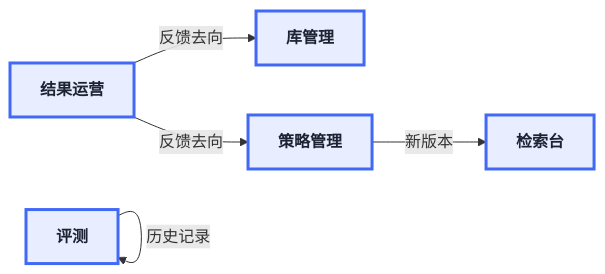
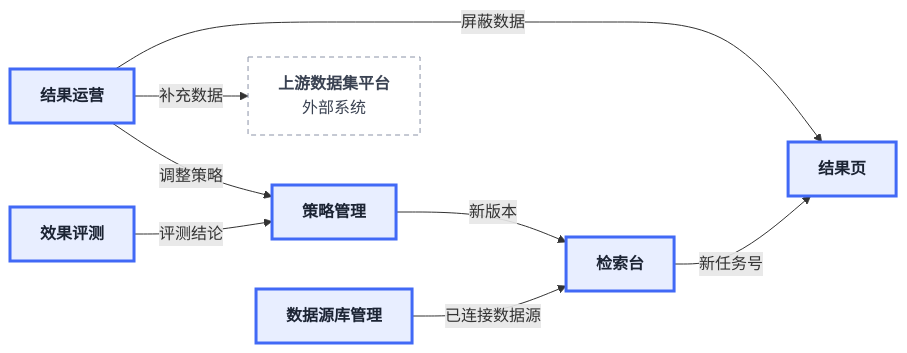
Diagram 11 of 12 in docs/【数据流图】跨模态检索中心 · 系统数据流.md (helichiyu/hyqx-cross-modal-retrieval), drawn with Mermaid before and after one commit. The commit also changed other lines of this file and 10 other files, not shown here.

````diff
--- a/docs/【数据流图】跨模态检索中心 · 系统数据流.md
+++ b/docs/【数据流图】跨模态检索中心 · 系统数据流.md
@@ -403,10 +485,15 @@
 ```mermaid
 flowchart LR
-  OP["<b>结果运营</b>"] -->|反馈去向| KM2["<b>库管理</b>"]
-  OP -->|反馈去向| SM2["<b>策略管理</b>"]
-  SM2 -->|新版本| ST2["<b>检索台</b>"]
-  EV2["<b>评测</b>"] -->|历史记录| EV2
+  OP["<b>结果运营</b>"] -->|屏蔽数据| RP["<b>结果页</b>"]
+  OP -->|调整策略| SM["<b>策略管理</b>"]
+  OP -->|补充数据| EXT["<b>上游数据集平台</b><br/>外部系统"]
+  EV["<b>效果评测</b>"] -->|评测结论| SM
+  SM -->|新版本| ST["<b>检索台</b>"]
+  KM["<b>数据源库管理</b>"] -->|已连接数据源| ST
+  ST -->|新任务号| RP
 
   classDef l2 fill:#e8eeff,stroke:#4169f6,color:#1c2434,stroke-width:3px
-  class OP,KM2,SM2,ST2,EV2 l2
+  classDef ext fill:#ffffff,stroke:#8b93a7,color:#3a4252,stroke-dasharray: 5 4
+  class OP,SM,ST,KM,RP,EV l2
+  class EXT ext
 ```
````
